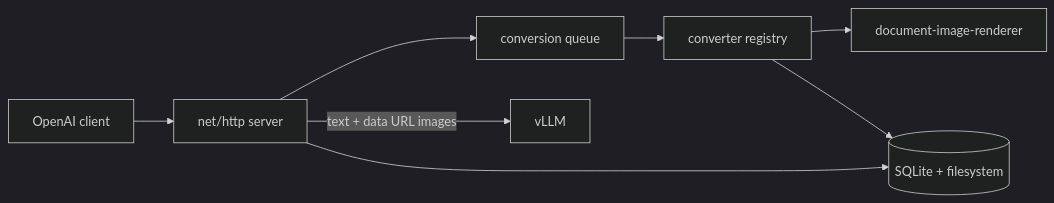
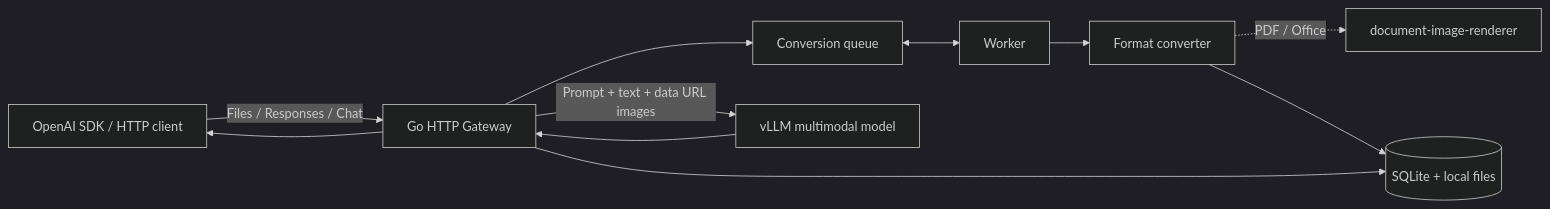
Before and after one commit to mochizuki875/llm-file-gateway: the first of 3 diagrams in DESIGN.md, drawn with Mermaid (dark theme). The commit also changed other lines of this file and 14 other files, not shown here.

````diff
--- a/DESIGN.md
+++ b/DESIGN.md
@@ -9,18 +9,21 @@
 ```mermaid
 flowchart LR
-  Client[OpenAI client]
-  HTTP[net/http server]
-  Queue[conversion queue]
-  Converter[converter registry]
+  Client[OpenAI SDK / HTTP client]
+  API[Go HTTP Gateway]
+  Queue[Conversion queue]
+  Converter[Format converter]
   Renderer[document-image-renderer]
-  Store[(SQLite + filesystem)]
-  VLLM[vLLM]
+  Storage[(SQLite + local files)]
+  VLLM[vLLM multimodal model]
 
-  Client --> HTTP
-  HTTP --> Queue
-  Queue --> Converter
-  Converter --> Renderer
-  Converter --> Store
-  HTTP --> Store
-  HTTP -->|text + data URL images| VLLM
+  Client -->|Files / Responses / Chat| API
+  API --> Queue
+  Queue <--> Worker
+  Worker --> Converter
+  Converter -. PDF / Office .-> Renderer
+  Converter --> Storage
+  API --> Storage
+  API -->|Prompt + text + data URL images| VLLM
+  VLLM --> API
+  API --> Client
 ```
````
